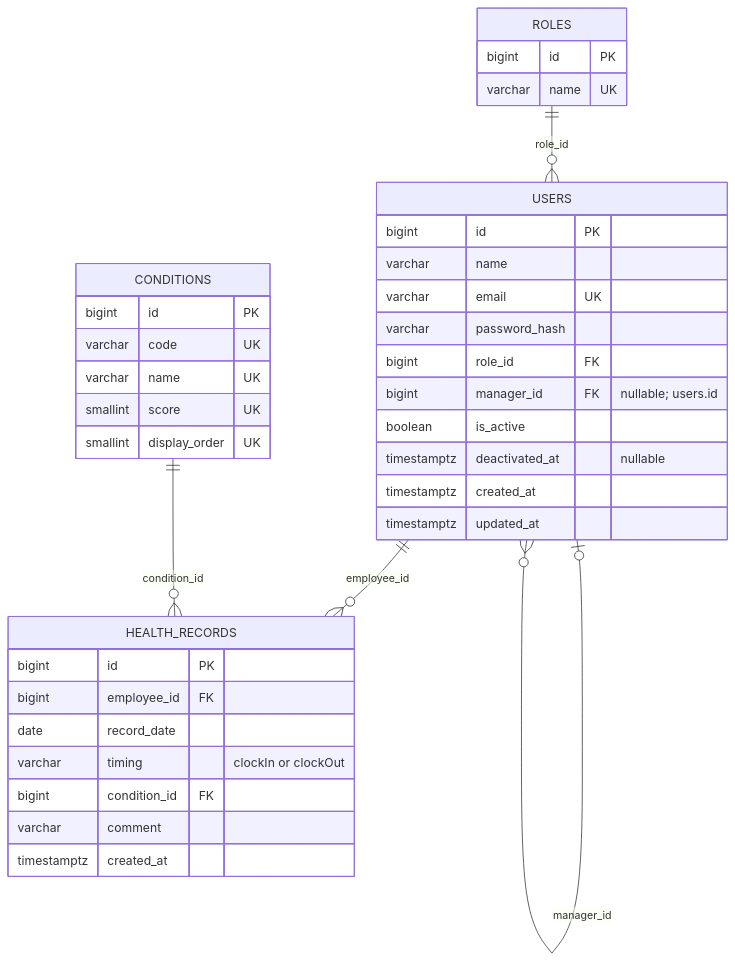
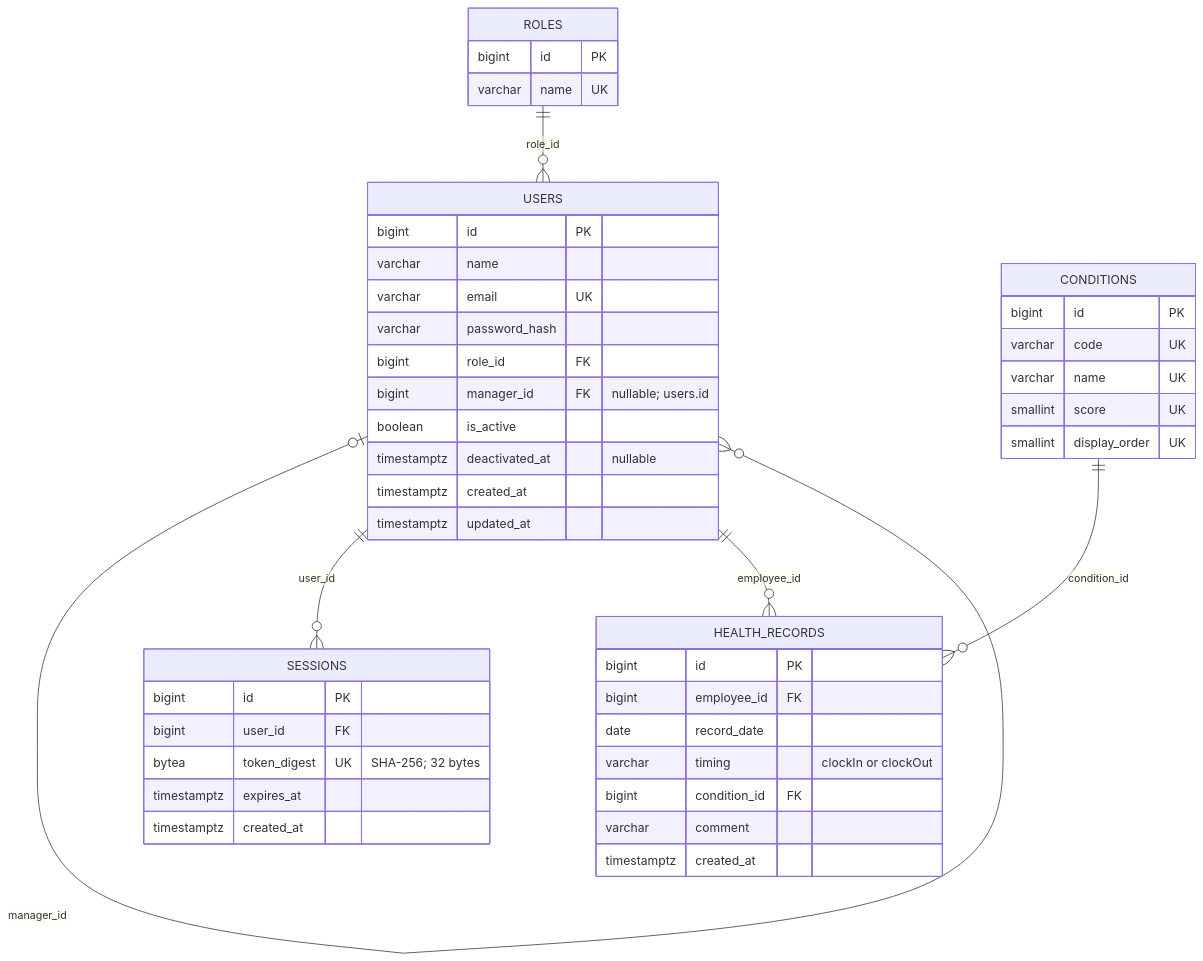
One commit to atamu2463/health-bridge changed the diagram in docs/architecture.md. Above: the diagram before and after it, drawn with Mermaid. The commit also changed other lines of this file and 11 other files, not shown here.

````diff
--- a/docs/architecture.md
+++ b/docs/architecture.md
@@ -265,43 +261,52 @@
 ```mermaid
 erDiagram
     ROLES ||--o{ USERS : "role_id"
     USERS o|--o{ USERS : "manager_id"
+    USERS ||--o{ SESSIONS : "user_id"
     USERS ||--o{ HEALTH_RECORDS : "employee_id"
     CONDITIONS ||--o{ HEALTH_RECORDS : "condition_id"
 
     ROLES {
         bigint id PK
         varchar name UK
     }
 
     USERS {
         bigint id PK
         varchar name
         varchar email UK
         varchar password_hash
         bigint role_id FK
         bigint manager_id FK "nullable; users.id"
         boolean is_active
         timestamptz deactivated_at "nullable"
         timestamptz created_at
         timestamptz updated_at
     }
 
+    SESSIONS {
+        bigint id PK
+        bigint user_id FK
+        bytea token_digest UK "SHA-256; 32 bytes"
+        timestamptz expires_at
+        timestamptz created_at
+    }
+
     CONDITIONS {
         bigint id PK
         varchar code UK
         varchar name UK
         smallint score UK
         smallint display_order UK
     }
 
     HEALTH_RECORDS {
         bigint id PK
         bigint employee_id FK
         date record_date
         varchar timing "clockIn or clockOut"
         bigint condition_id FK
         varchar comment
         timestamptz created_at
     }
 ```
````
